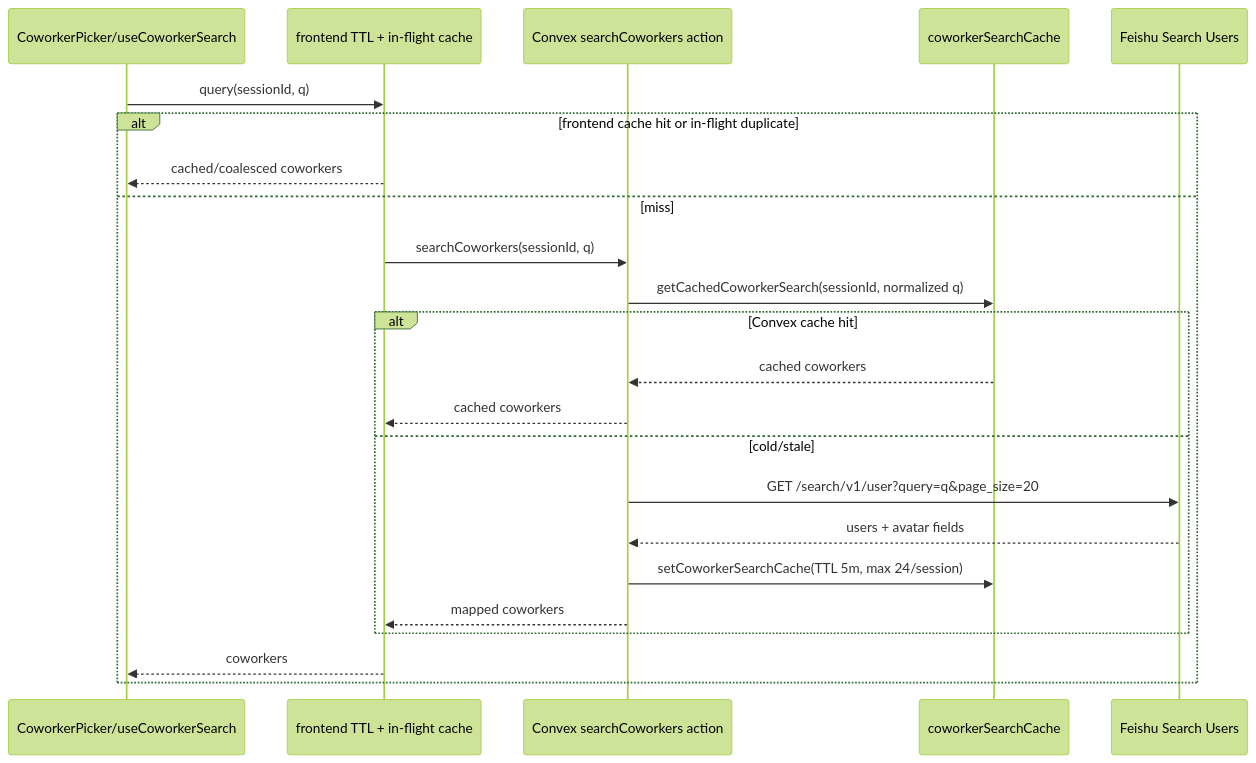
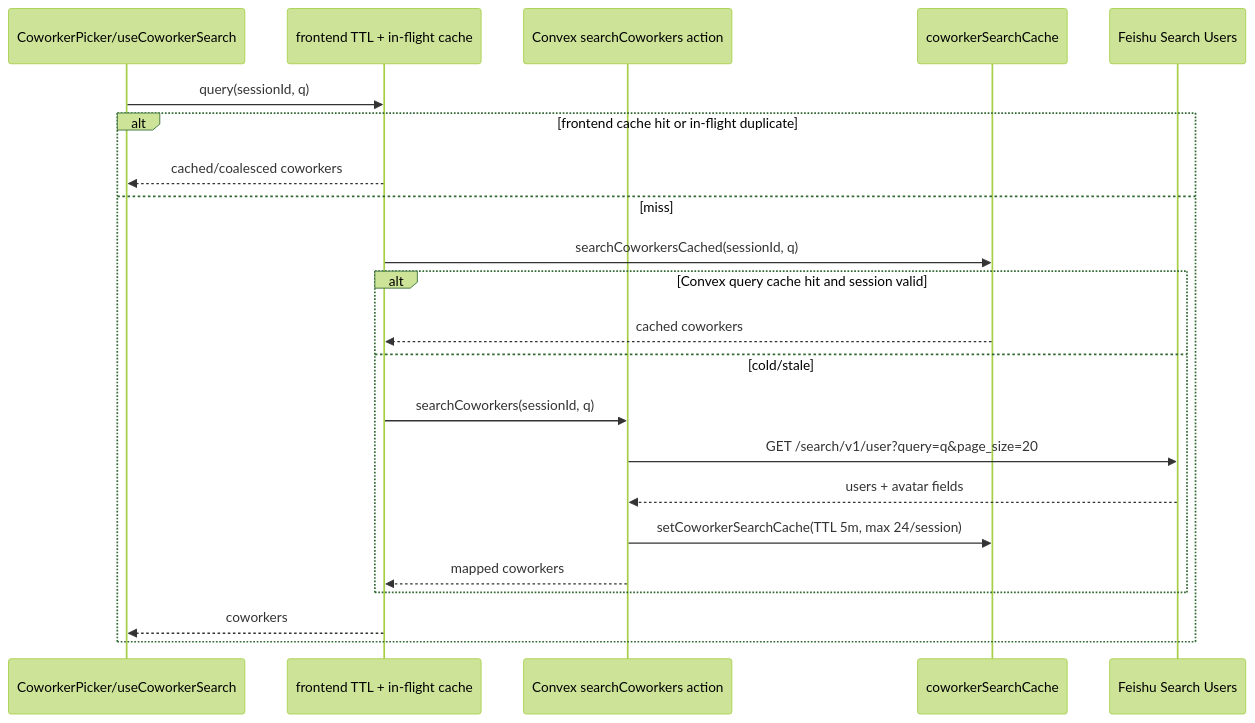
The second of 2 diagrams in docs/search-latency-review-and-recommendations.md (fpcMotif/outlook-feishu-bridge), drawn with Mermaid (forest theme) before and after one commit. The commit also changed other lines of this file and 6 other files, not shown here.

First line of the commit message:
Route warm coworker cache hits through a public Convex query before action fallback

````diff
--- a/docs/search-latency-review-and-recommendations.md
+++ b/docs/search-latency-review-and-recommendations.md
@@ -35,26 +35,25 @@
 ```mermaid
 sequenceDiagram
   participant UI as CoworkerPicker/useCoworkerSearch
   participant Mem as frontend TTL + in-flight cache
   participant A as Convex searchCoworkers action
   participant DB as coworkerSearchCache
   participant F as Feishu Search Users
 
   UI->>Mem: query(sessionId, q)
   alt frontend cache hit or in-flight duplicate
     Mem-->>UI: cached/coalesced coworkers
   else miss
-    Mem->>A: searchCoworkers(sessionId, q)
-    A->>DB: getCachedCoworkerSearch(sessionId, normalized q)
-    alt Convex cache hit
-      DB-->>A: cached coworkers
-      A-->>Mem: cached coworkers
+    Mem->>DB: searchCoworkersCached(sessionId, q)
+    alt Convex query cache hit and session valid
+      DB-->>Mem: cached coworkers
     else cold/stale
+      Mem->>A: searchCoworkers(sessionId, q)
       A->>F: GET /search/v1/user?query=q&page_size=20
       F-->>A: users + avatar fields
       A->>DB: setCoworkerSearchCache(TTL 5m, max 24/session)
       A-->>Mem: mapped coworkers
     end
     Mem-->>UI: coworkers
   end
 ```
````
